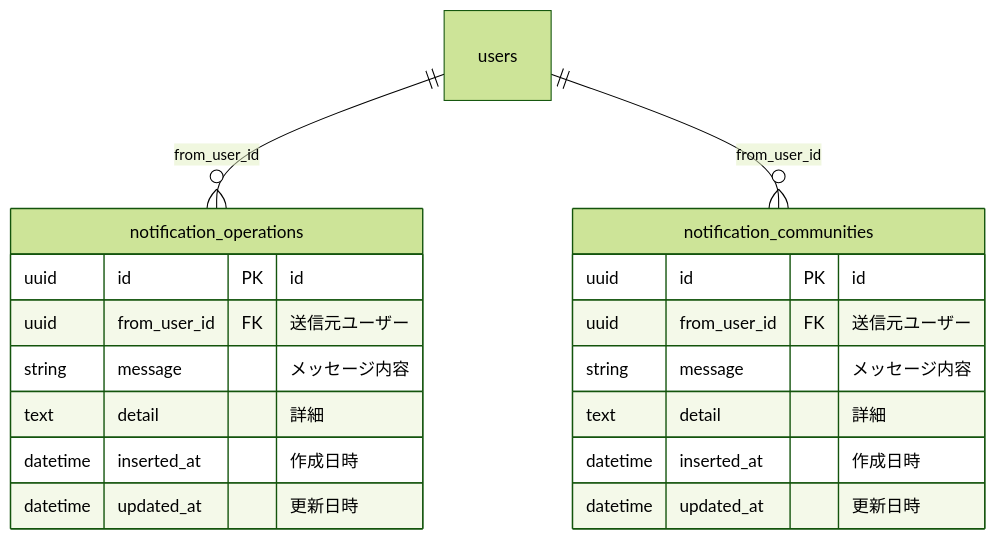
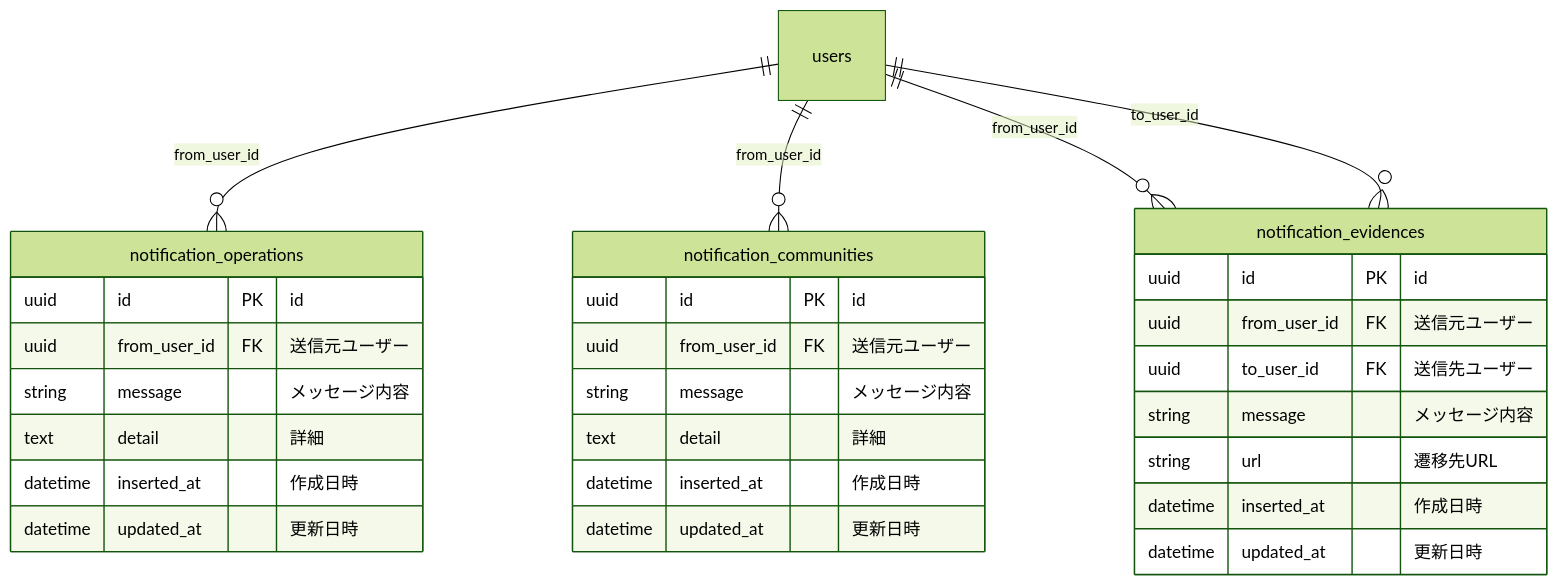
One commit to bright-org/bright changed the fifth of 5 diagrams in docs/conceptual_schemas/notifications.md. Above: the diagram before and after it, drawn with Mermaid (forest theme). The commit also changed other lines of this file and 15 other files, not shown here.

````diff
--- a/docs/conceptual_schemas/notifications.md
+++ b/docs/conceptual_schemas/notifications.md
@@ -89,24 +103,37 @@
 ```mermaid
 erDiagram
   "users" ||--o{ "notification_operations" : "from_user_id"
 
   notification_operations {
     uuid id PK "id"
     uuid from_user_id	FK "送信元ユーザー"
     string message	"メッセージ内容"
     text detail	"詳細"
     datetime inserted_at "作成日時"
     datetime updated_at "更新日時"
   }
 
   "users" ||--o{ "notification_communities" : "from_user_id"
 
   notification_communities {
     uuid id PK "id"
     uuid from_user_id	FK "送信元ユーザー"
     string message	"メッセージ内容"
     text detail	"詳細"
     datetime inserted_at "作成日時"
     datetime updated_at "更新日時"
   }
+
+  "users" ||--o{ "notification_evidences" : "from_user_id"
+  "users" ||--o{ "notification_evidences" : "to_user_id"
+
+  notification_evidences {
+    uuid id PK "id"
+    uuid from_user_id	FK "送信元ユーザー"
+    uuid to_user_id	FK "送信先ユーザー"
+    string message	"メッセージ内容"
+    string url	"遷移先URL"
+    datetime inserted_at "作成日時"
+    datetime updated_at "更新日時"
+  }
 ```
````
